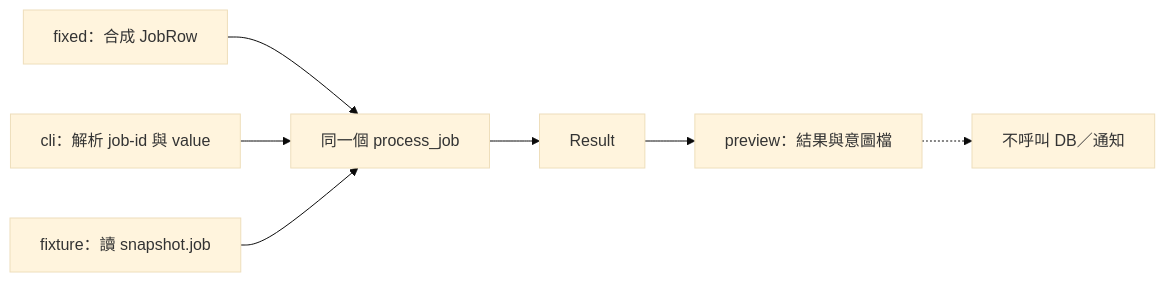
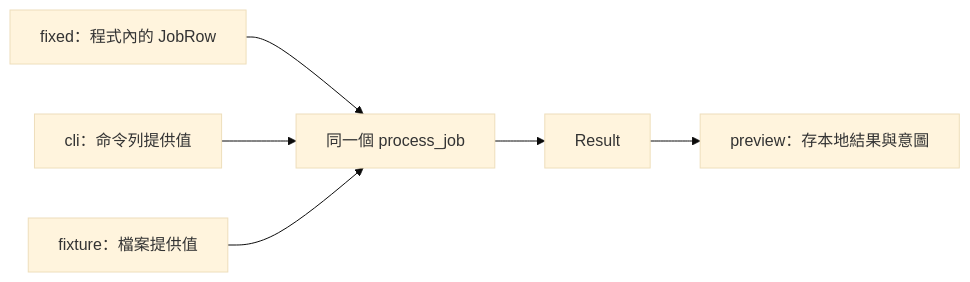
The diagram in docs/cpp-sql-field-tricks/03-test-mode.md (wizardhsiehcom/book), drawn with Mermaid (base theme) before and after one commit. The commit also changed other lines of this file and 31 other files, not shown here.

````diff
--- a/docs/cpp-sql-field-tricks/03-test-mode.md
+++ b/docs/cpp-sql-field-tricks/03-test-mode.md
@@ -40,9 +87,8 @@
 ```mermaid
 flowchart LR
-    A["fixed：合成 JobRow"] --> D["同一個 process_job"]
-    B["cli：解析 job-id 與 value"] --> D
-    C["fixture：讀 snapshot.job"] --> D
+    A["fixed：程式內的 JobRow"] --> D["同一個 process_job"]
+    B["cli：命令列提供值"] --> D
+    C["fixture：檔案提供值"] --> D
     D --> E["Result"]
-    E --> F["preview：結果與意圖檔"]
-    F -.-> G["不呼叫 DB／通知"]
+    E --> F["preview：存本地結果與意圖"]
 ```
````
